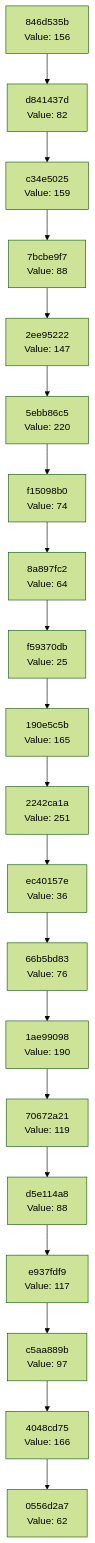
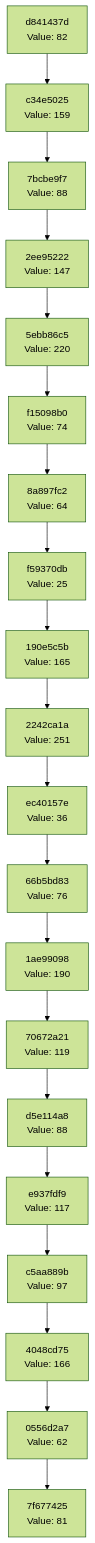
One commit to Abhisheksinha1506/hash-chain-evolver changed the diagram in docs/CHAIN_VISUALIZATION.md. Above: the diagram before and after it, drawn with Mermaid (forest theme). The commit also changed 2 other files, not shown here.

Commit message:
Evolution step: hash 0x51 → action executed

````diff
--- a/docs/CHAIN_VISUALIZATION.md
+++ b/docs/CHAIN_VISUALIZATION.md
@@ -3,42 +3,42 @@
 ```mermaid
 graph TD
-    C0["0556d2a7<br/>Value: 62"]
-    C1["4048cd75<br/>Value: 166"]
+    C0["7f677425<br/>Value: 81"]
+    C1["0556d2a7<br/>Value: 62"]
     C1 --> C0
-    C2["c5aa889b<br/>Value: 97"]
+    C2["4048cd75<br/>Value: 166"]
     C2 --> C1
-    C3["e937fdf9<br/>Value: 117"]
+    C3["c5aa889b<br/>Value: 97"]
     C3 --> C2
-    C4["d5e114a8<br/>Value: 88"]
+    C4["e937fdf9<br/>Value: 117"]
     C4 --> C3
-    C5["70672a21<br/>Value: 119"]
+    C5["d5e114a8<br/>Value: 88"]
     C5 --> C4
-    C6["1ae99098<br/>Value: 190"]
+    C6["70672a21<br/>Value: 119"]
     C6 --> C5
-    C7["66b5bd83<br/>Value: 76"]
+    C7["1ae99098<br/>Value: 190"]
     C7 --> C6
-    C8["ec40157e<br/>Value: 36"]
+    C8["66b5bd83<br/>Value: 76"]
     C8 --> C7
-    C9["2242ca1a<br/>Value: 251"]
+    C9["ec40157e<br/>Value: 36"]
     C9 --> C8
-    C10["190e5c5b<br/>Value: 165"]
+    C10["2242ca1a<br/>Value: 251"]
     C10 --> C9
-    C11["f59370db<br/>Value: 25"]
+    C11["190e5c5b<br/>Value: 165"]
     C11 --> C10
-    C12["8a897fc2<br/>Value: 64"]
+    C12["f59370db<br/>Value: 25"]
     C12 --> C11
-    C13["f15098b0<br/>Value: 74"]
+    C13["8a897fc2<br/>Value: 64"]
     C13 --> C12
-    C14["5ebb86c5<br/>Value: 220"]
+    C14["f15098b0<br/>Value: 74"]
     C14 --> C13
-    C15["2ee95222<br/>Value: 147"]
+    C15["5ebb86c5<br/>Value: 220"]
     C15 --> C14
-    C16["7bcbe9f7<br/>Value: 88"]
+    C16["2ee95222<br/>Value: 147"]
     C16 --> C15
-    C17["c34e5025<br/>Value: 159"]
+    C17["7bcbe9f7<br/>Value: 88"]
     C17 --> C16
-    C18["d841437d<br/>Value: 82"]
+    C18["c34e5025<br/>Value: 159"]
     C18 --> C17
-    C19["846d535b<br/>Value: 156"]
+    C19["d841437d<br/>Value: 82"]
     C19 --> C18
 ```
````
